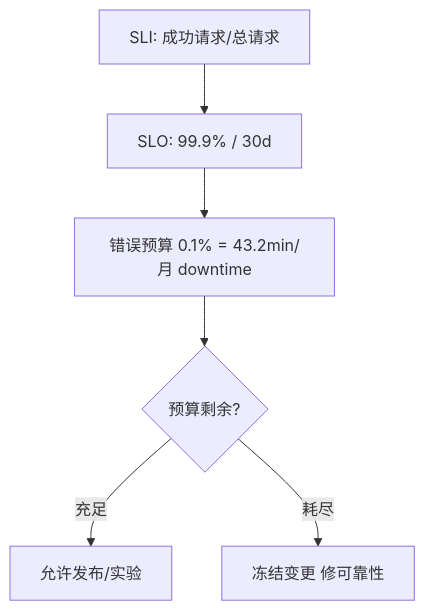
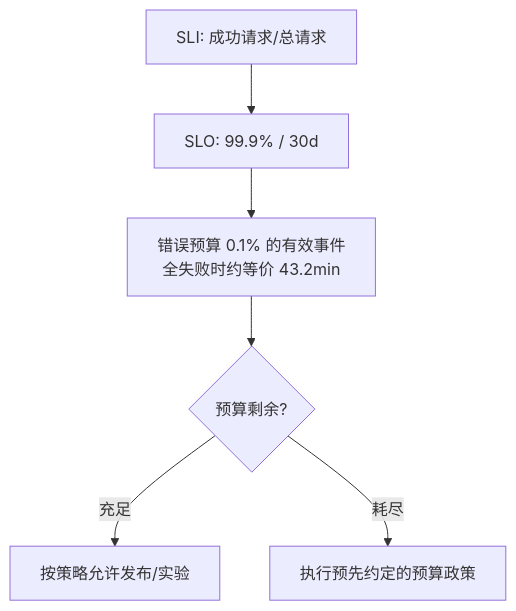
One commit to twodog-tt/Golang-development-manual changed the diagram in docs/interview/03-system-design/S-ARCH-17-slo-error-budget.md. Above: the diagram before and after it, drawn with Mermaid. The commit also changed other lines of this file and 49 other files, not shown here.

````diff
--- a/docs/interview/03-system-design/S-ARCH-17-slo-error-budget.md
+++ b/docs/interview/03-system-design/S-ARCH-17-slo-error-budget.md
@@ -29,8 +56,8 @@
 ```mermaid
 flowchart TB
   SLI[SLI: 成功请求/总请求] --> SLO[SLO: 99.9% / 30d]
-  SLO --> Budget[错误预算 0.1% = 43.2min/月 downtime]
+  SLO --> Budget["错误预算 0.1% 的有效事件<br/>全失败时约等价 43.2min"]
   Budget --> Gate{预算剩余?}
-  Gate -->|充足| Release[允许发布/实验]
-  Gate -->|耗尽| Freeze[冻结变更 修可靠性]
+  Gate -->|充足| Release[按策略允许发布/实验]
+  Gate -->|耗尽| Freeze[执行预先约定的预算政策]
 ```
````
